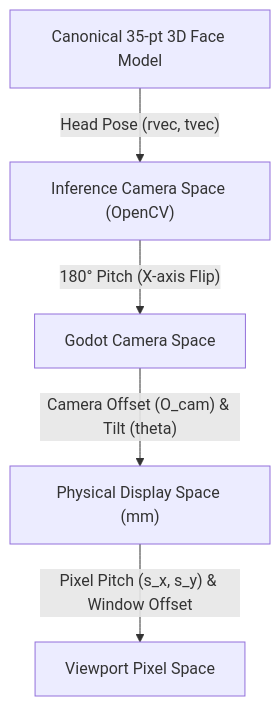
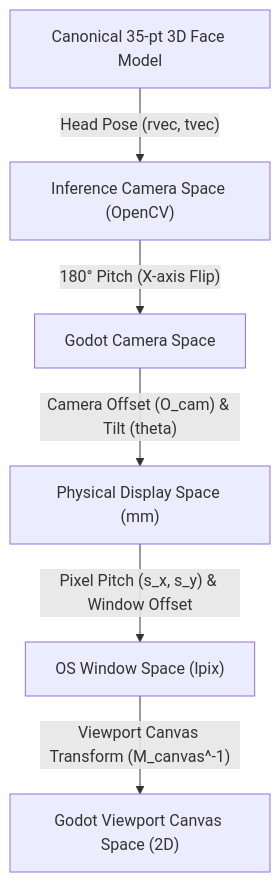
One commit to browndragon/godot-gaze changed the diagram in docs/mathematical_model.md. Above: the diagram before and after it, drawn with Mermaid. The commit also changed other lines of this file, not shown here.

Commit message:
Document OS Window space and Viewport Canvas space mapping in mathematical model

````diff
--- a/docs/mathematical_model.md
+++ b/docs/mathematical_model.md
@@ -11,7 +11,8 @@
 ```mermaid
 graph TD
     INF_FACE["Canonical 35-pt 3D Face Model"] -- "Head Pose (rvec, tvec)" --> INF_CAM["Inference Camera Space (OpenCV)"]
     INF_CAM -- "180° Pitch (X-axis Flip)" --> GG_CAM["Godot Camera Space"]
     GG_CAM -- "Camera Offset (O_cam) & Tilt (theta)" --> DISP["Physical Display Space (mm)"]
-    DISP -- "Pixel Pitch (s_x, s_y) & Window Offset" --> PIX["Viewport Pixel Space"]
+    DISP -- "Pixel Pitch (s_x, s_y) & Window Offset" --> WIN["OS Window Space (lpix)"]
+    WIN -- "Viewport Canvas Transform (M_canvas^-1)" --> CANV["Godot Viewport Canvas Space (2D)"]
 ```
````
